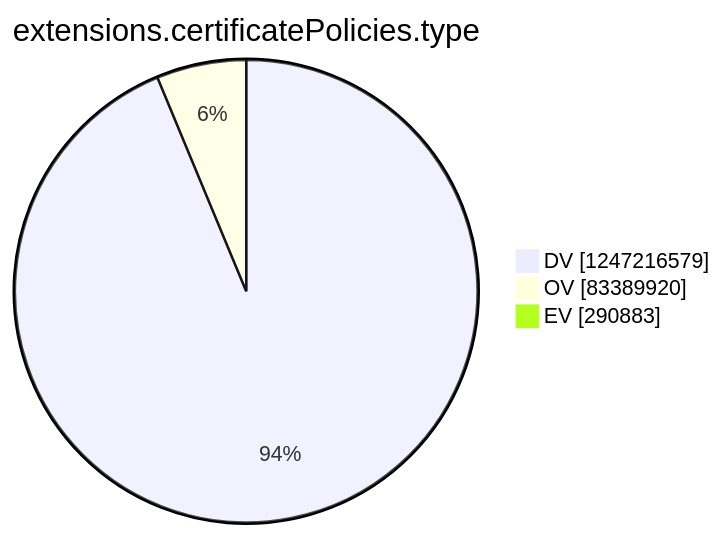
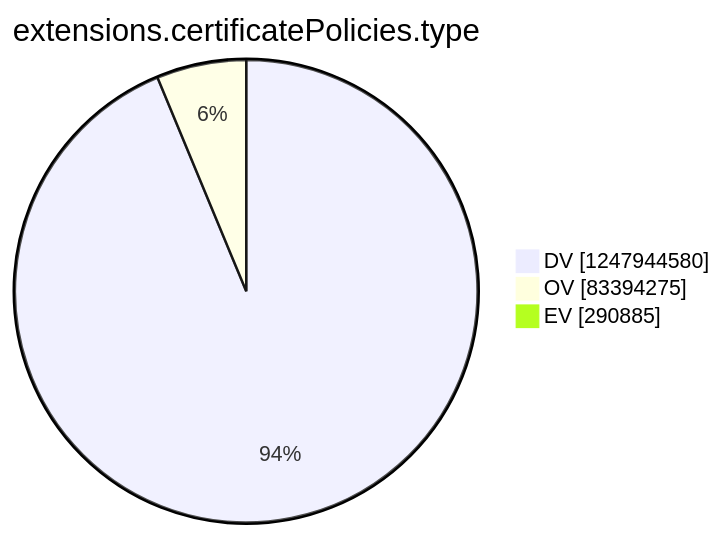
The tenth of 15 diagrams in argon2022/README.md (christiankrug/ctmonitor_visualization), drawn with Mermaid before and after one commit. The commit also changed other lines of this file, not shown here.

````diff
--- a/argon2022/README.md
+++ b/argon2022/README.md
@@ -2771,7 +2771,7 @@
 ```mermaid
 pie showData
 title extensions.certificatePolicies.type
-"DV" :1247216579
-"OV" :83389920
-"EV" :290883
+"DV" :1247944580
+"OV" :83394275
+"EV" :290885
 ```
````
